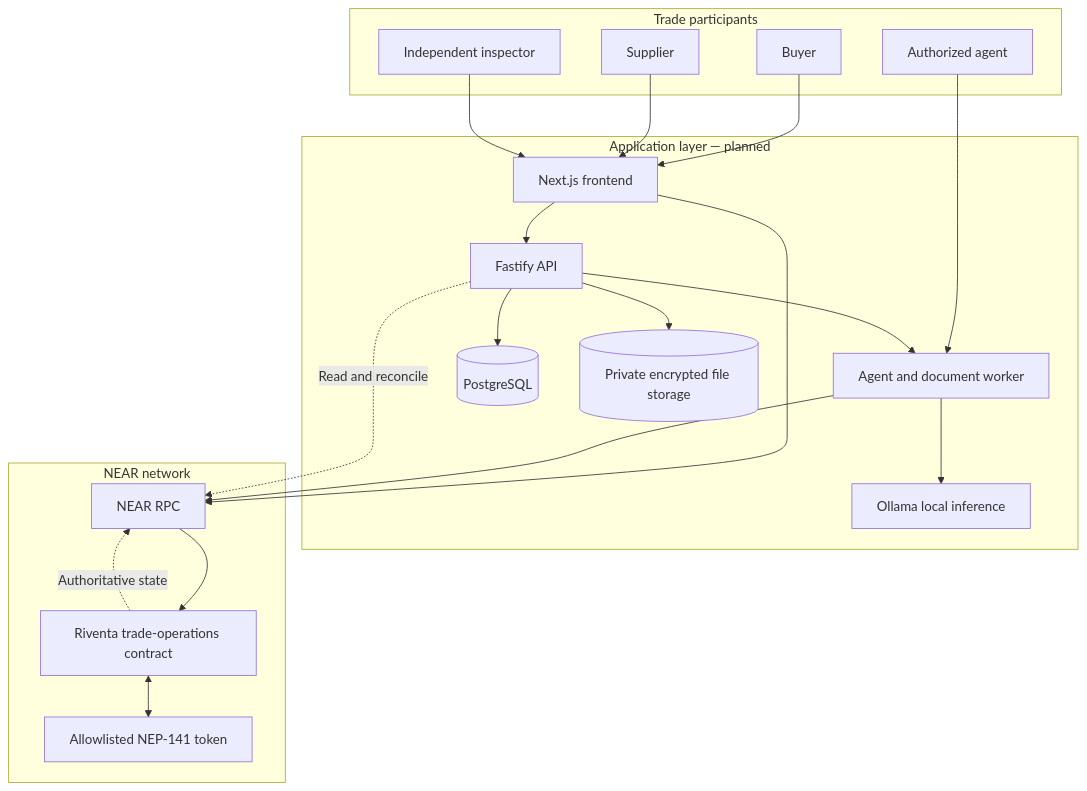
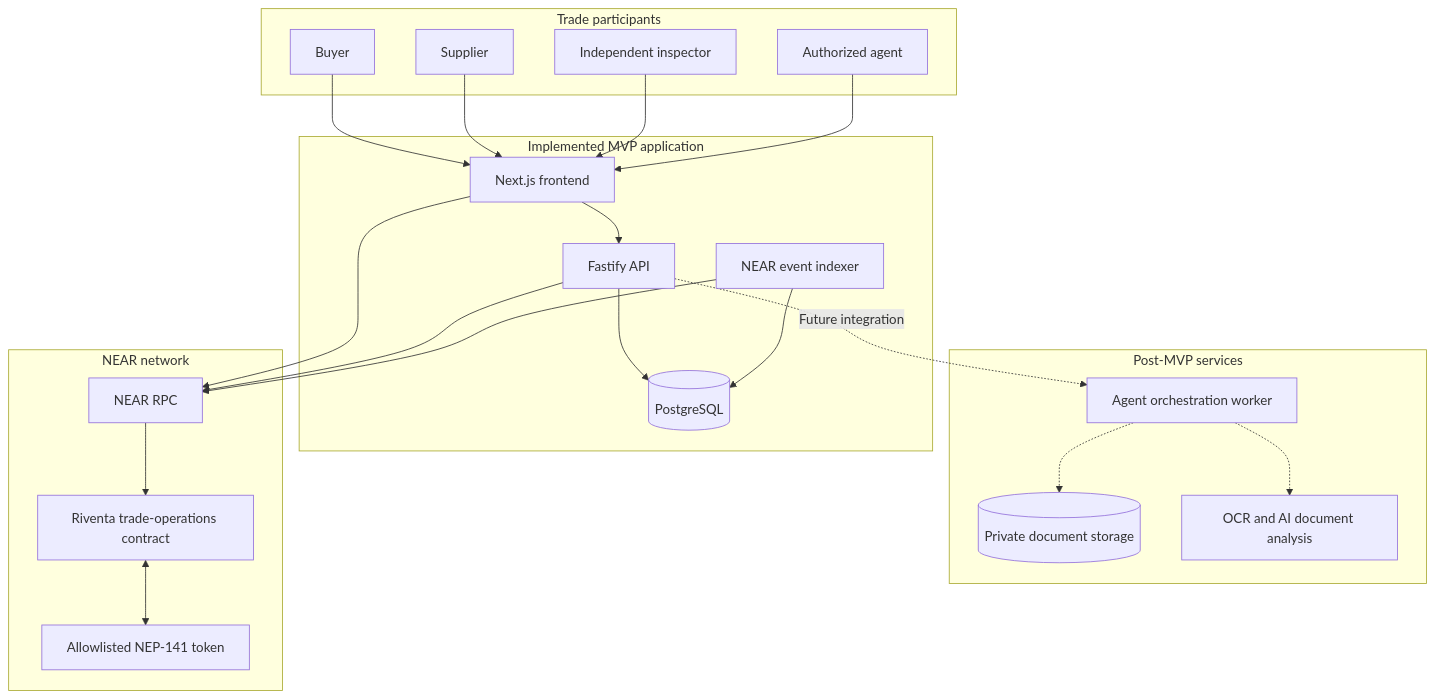
One commit to Gidy515/Riventa-finance- changed the first of 2 diagrams in README.md. Above: the diagram before and after it, drawn with Mermaid. The commit also changed other lines of this file, not shown here.

````diff
--- a/README.md
+++ b/README.md
@@ -110,43 +143,44 @@
 ```mermaid
 flowchart TB
     subgraph Users["Trade participants"]
         Buyer["Buyer"]
         Supplier["Supplier"]
         Inspector["Independent inspector"]
         Agent["Authorized agent"]
     end
 
-    subgraph Application["Application layer — planned"]
+    subgraph App["Implemented MVP application"]
         Frontend["Next.js frontend"]
         API["Fastify API"]
-        Worker["Agent and document worker"]
         DB[("PostgreSQL")]
-        Storage[("Private encrypted file storage")]
-        AI["Ollama local inference"]
+        Indexer["NEAR event indexer"]
     end
 
-    subgraph NEAR["NEAR network"]
+    subgraph Planned["Post-MVP services"]
+        Worker["Agent orchestration worker"]
+        Storage[("Private document storage")]
+        AI["OCR and AI document analysis"]
+    end
+
+    subgraph Chain["NEAR network"]
         Contract["Riventa trade-operations contract"]
         Token["Allowlisted NEP-141 token"]
         RPC["NEAR RPC"]
     end
 
     Buyer --> Frontend
     Supplier --> Frontend
     Inspector --> Frontend
-    Agent --> Worker
-
+    Agent --> Frontend
     Frontend --> API
     Frontend --> RPC
     API --> DB
-    API --> Storage
-    API --> Worker
-    Worker --> AI
-    Worker --> RPC
-
+    API --> RPC
+    Indexer --> RPC
+    Indexer --> DB
+    API -. "Future integration" .-> Worker
+    Worker -.-> Storage
+    Worker -.-> AI
     RPC --> Contract
     Contract <--> Token
-
-    API -. "Read and reconcile" .-> RPC
-    Contract -. "Authoritative state" .-> RPC
 ```
````
